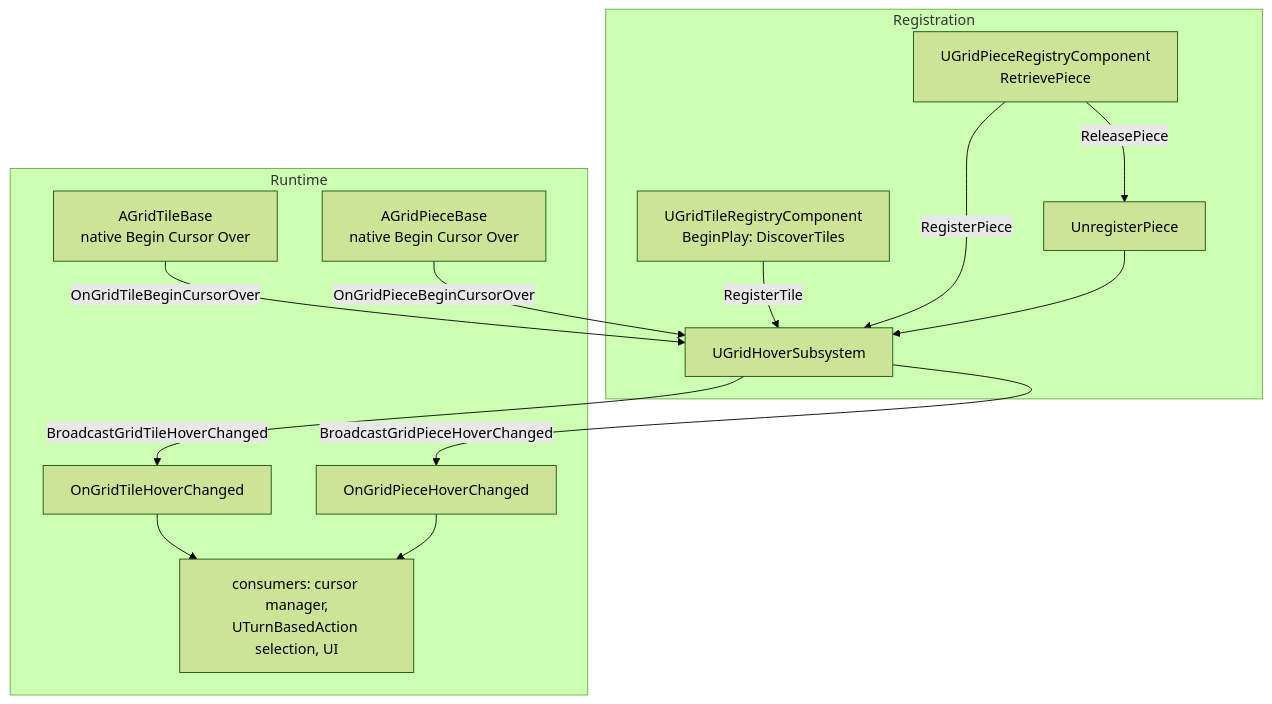
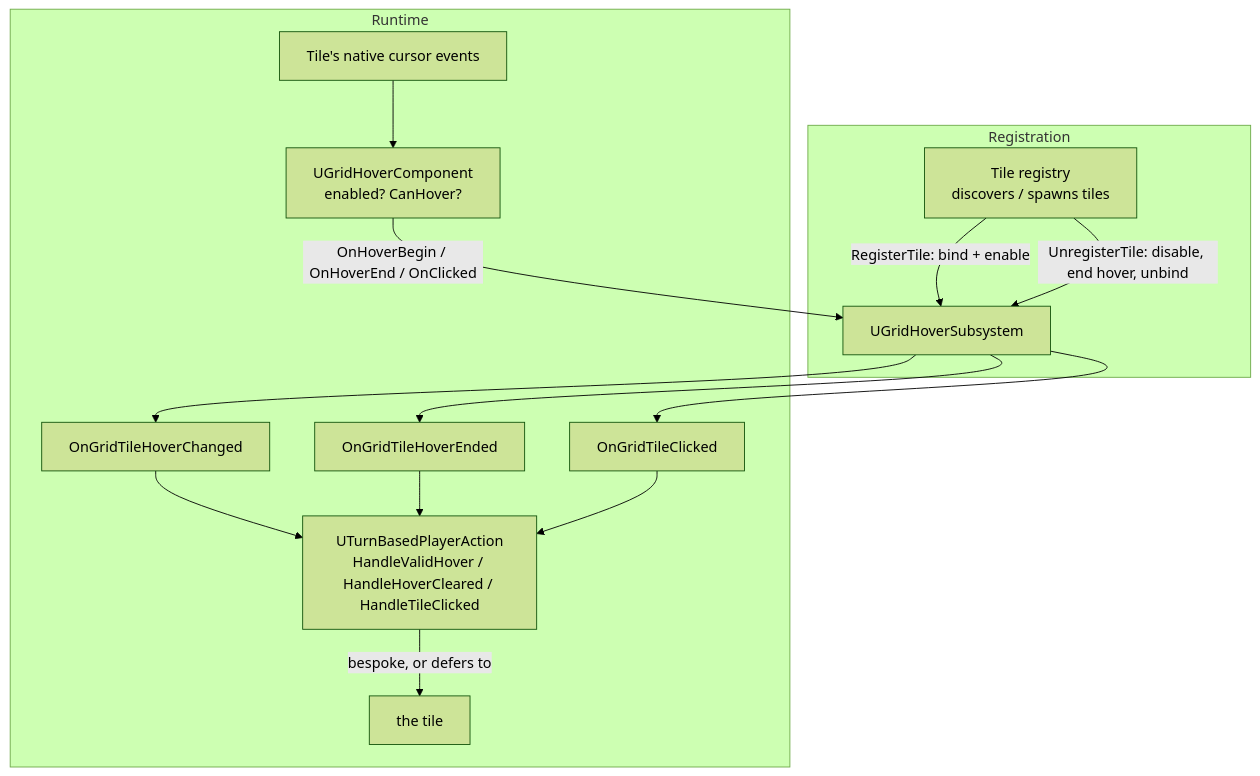
One commit to rfowlie/ConnectIt changed the diagram in ConnectIt-Vault/UnrealGridMechanics/code/systems/hover-relay.md. Above: the diagram before and after it, drawn with Mermaid (forest theme). The commit also changed other lines of this file and 14 other files, not shown here.

Commit message:
Hover Component 4

````diff
--- a/ConnectIt-Vault/UnrealGridMechanics/code/systems/hover-relay.md
+++ b/ConnectIt-Vault/UnrealGridMechanics/code/systems/hover-relay.md
@@ -27,17 +27,16 @@
 ```mermaid
 flowchart TD
     subgraph Registration
-        TR[UGridTileRegistryComponent<br/>BeginPlay: DiscoverTiles] -->|RegisterTile| S[UGridHoverSubsystem]
-        PR[UGridPieceRegistryComponent<br/>RetrievePiece] -->|RegisterPiece| S
-        PR -->|ReleasePiece| U1[UnregisterPiece]
-        U1 --> S
+        TR[Tile registry<br/>discovers / spawns tiles] -->|RegisterTile: bind + enable| S[UGridHoverSubsystem]
+        TR -->|UnregisterTile: disable, end hover, unbind| S
     end
     subgraph Runtime
-        Tile[AGridTileBase<br/>native Begin Cursor Over] -->|OnGridTileBeginCursorOver| S
-        S -->|BroadcastGridTileHoverChanged| D1[OnGridTileHoverChanged]
-        Piece[AGridPieceBase<br/>native Begin Cursor Over] -->|OnGridPieceBeginCursorOver| S
-        S -->|BroadcastGridPieceHoverChanged| D2[OnGridPieceHoverChanged]
-        D1 --> C[consumers: cursor manager,<br/>UTurnBasedAction selection, UI]
-        D2 --> C
+        Cur[Tile's native cursor events] --> HC[UGridHoverComponent<br/>enabled? CanHover?]
+        HC -->|OnHoverBegin / OnHoverEnd / OnClicked| S
+        S --> R1[OnGridTileHoverChanged]
+        S --> R2[OnGridTileHoverEnded]
+        S --> R3[OnGridTileClicked]
+        R1 & R2 & R3 --> A[UTurnBasedPlayerAction<br/>HandleValidHover / HandleHoverCleared / HandleTileClicked]
+        A -->|bespoke, or defers to| T[the tile]
     end
 ```
````
